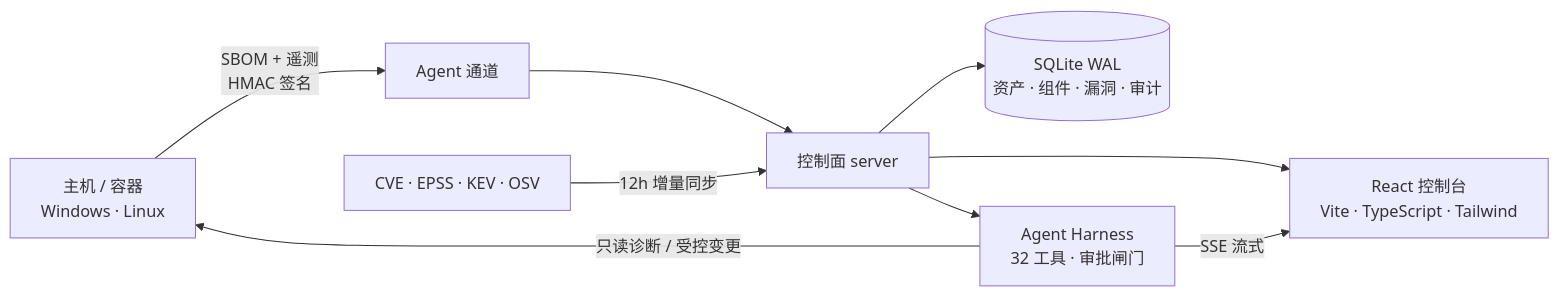
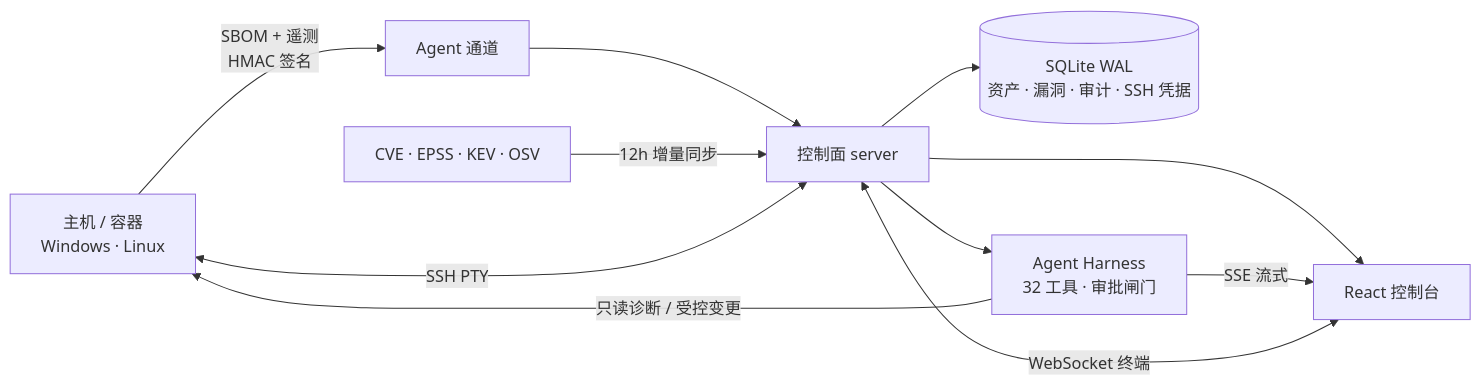
Before and after one commit to NoraStory/vulnagent: the diagram in README.md, drawn with Mermaid. The commit also changed other lines of this file and 51 other files, not shown here.

````diff
--- a/README.md
+++ b/README.md
@@ -100,11 +111,13 @@
 ```mermaid
 flowchart LR
   H["主机 / 容器<br/>Windows · Linux"] -->|"SBOM + 遥测<br/>HMAC 签名"| A["Agent 通道"]
   A --> S["控制面 server"]
   I["CVE · EPSS · KEV · OSV"] -->|"12h 增量同步"| S
-  S --> D[("SQLite WAL<br/>资产 · 组件 · 漏洞 · 审计")]
-  S --> W["React 控制台<br/>Vite · TypeScript · Tailwind"]
+  S --> D[("SQLite WAL<br/>资产 · 漏洞 · 审计 · SSH 凭据")]
+  S --> W["React 控制台"]
+  W <-->|"WebSocket 终端"| S
+  S <-->|"SSH PTY"| H
   S --> G["Agent Harness<br/>32 工具 · 审批闸门"]
   G -->|"SSE 流式"| W
   G -->|"只读诊断 / 受控变更"| H
 ```
````
